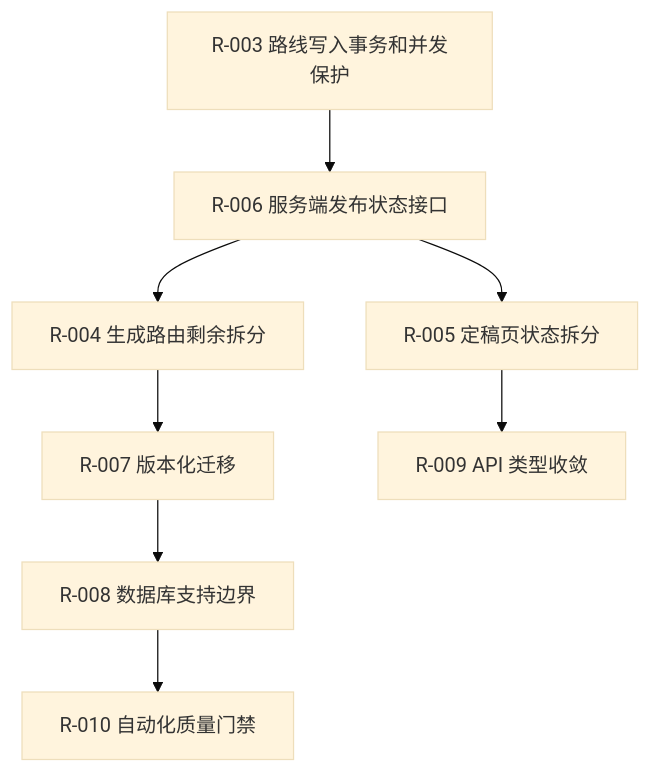
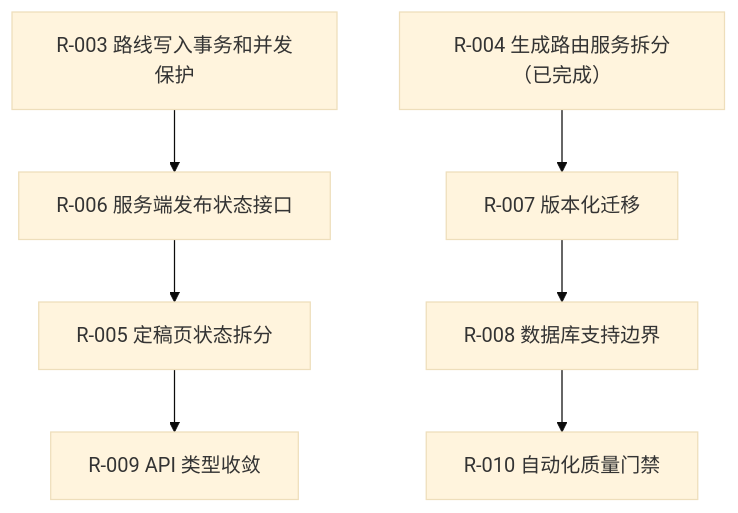
One commit to shenhl8023-bit/processmind-minimal-runtime changed the second of 2 diagrams in docs/重构与优化跟踪.md. Above: the diagram before and after it, drawn with Mermaid (base theme). The commit also changed other lines of this file and 6 other files, not shown here.

````diff
--- a/docs/重构与优化跟踪.md
+++ b/docs/重构与优化跟踪.md
@@ -306,10 +319,9 @@
 ```mermaid
 flowchart TD
     R3["R-003 路线写入事务和并发保护"] --> R6["R-006 服务端发布状态接口"]
-    R6 --> R4["R-004 生成路由剩余拆分"]
+    R4["R-004 生成路由服务拆分（已完成）"] --> R7["R-007 版本化迁移"]
     R6 --> R5["R-005 定稿页状态拆分"]
-    R4 --> R7["R-007 版本化迁移"]
     R5 --> R9["R-009 API 类型收敛"]
     R7 --> R8["R-008 数据库支持边界"]
     R8 --> R10["R-010 自动化质量门禁"]
 ```
````
